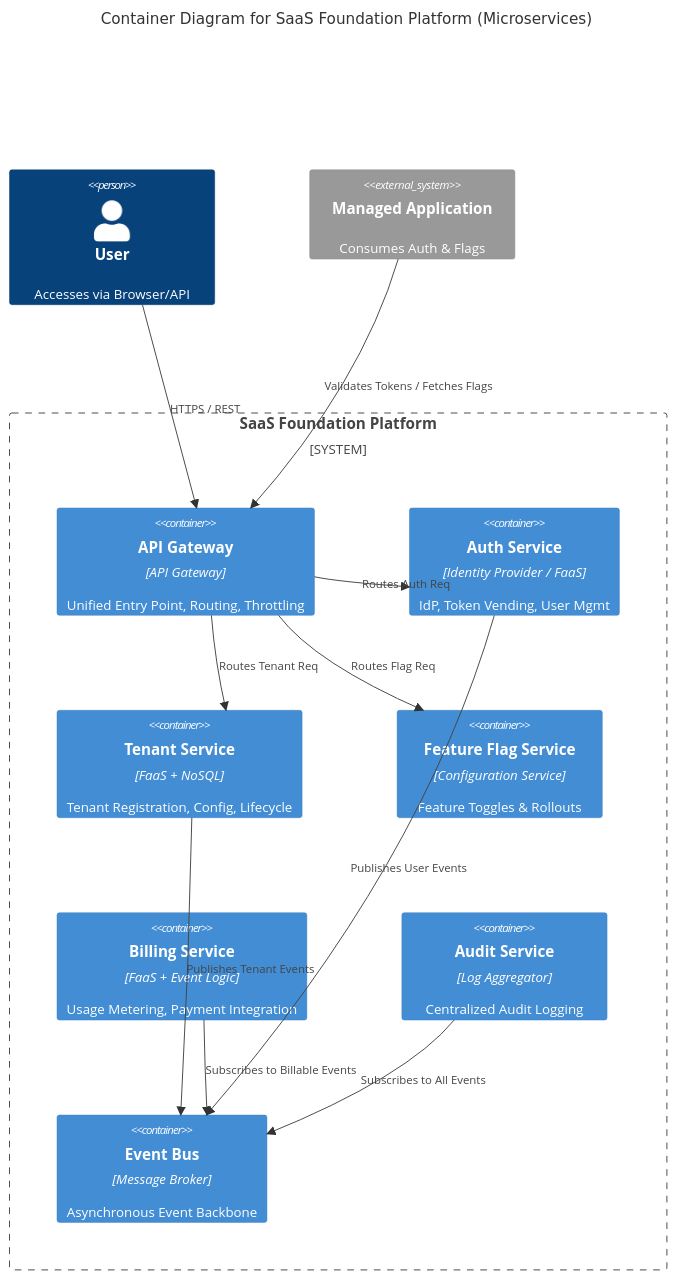
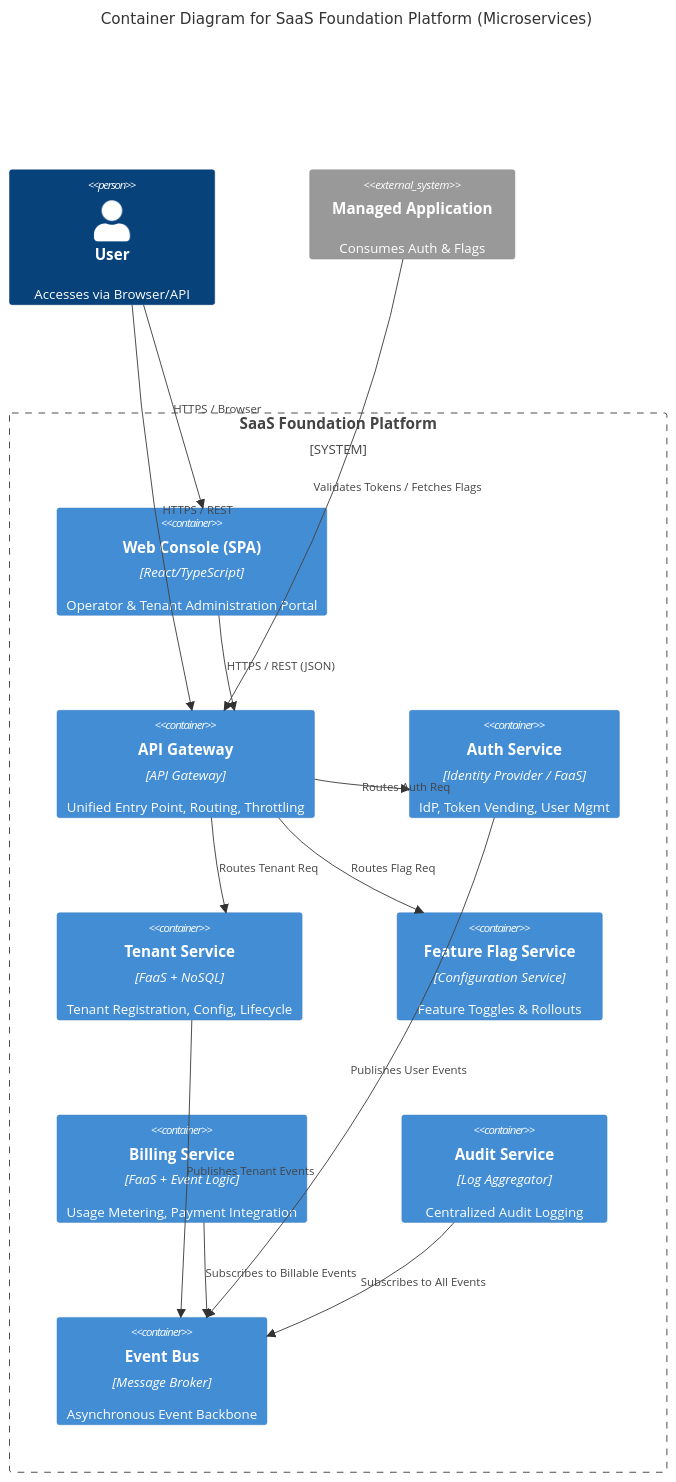
The diagram in doc/arch/views/building-block-view.rst (sonesuke/sid), drawn with Mermaid before and after one commit. The commit also changed other lines of this file and 20 other files, not shown here.

```diff
--- a/doc/arch/views/building-block-view.rst
+++ b/doc/arch/views/building-block-view.rst
@@ -9,33 +9,36 @@
 .. mermaid::
    
    C4Container
       title Container Diagram for SaaS Foundation Platform (Microservices)
 
       Person(user, "User", "Accesses via Browser/API")
       
       System_Boundary(c1, "SaaS Foundation Platform") {
+         Container(web_ui, "Web Console (SPA)", "React/TypeScript", "Operator & Tenant Administration Portal")
          Container(api_gw, "API Gateway", "API Gateway", "Unified Entry Point, Routing, Throttling")
          
          Container(auth_svc, "Auth Service", "Identity Provider / FaaS", "IdP, Token Vending, User Mgmt")
          Container(tenant_svc, "Tenant Service", "FaaS + NoSQL", "Tenant Registration, Config, Lifecycle")
          Container(flag_svc, "Feature Flag Service", "Configuration Service", "Feature Toggles & Rollouts")
          Container(billing_svc, "Billing Service", "FaaS + Event Logic", "Usage Metering, Payment Integration")
          Container(audit_svc, "Audit Service", "Log Aggregator", "Centralized Audit Logging")
          
          Container(event_bus, "Event Bus", "Message Broker", "Asynchronous Event Backbone")
       }
 
       System_Ext(app, "Managed Application", "Consumes Auth & Flags")
 
+      Rel(user, web_ui, "HTTPS / Browser")
+      Rel(web_ui, api_gw, "HTTPS / REST (JSON)")
       Rel(user, api_gw, "HTTPS / REST")
       
       Rel(api_gw, auth_svc, "Routes Auth Req")
       Rel(api_gw, tenant_svc, "Routes Tenant Req")
       Rel(api_gw, flag_svc, "Routes Flag Req")
-      
+
       Rel(auth_svc, event_bus, "Publishes User Events")
       Rel(tenant_svc, event_bus, "Publishes Tenant Events")
       Rel(billing_svc, event_bus, "Subscribes to Billable Events")
       Rel(audit_svc, event_bus, "Subscribes to All Events")
       
       Rel(app, api_gw, "Validates Tokens / Fetches Flags")
```
